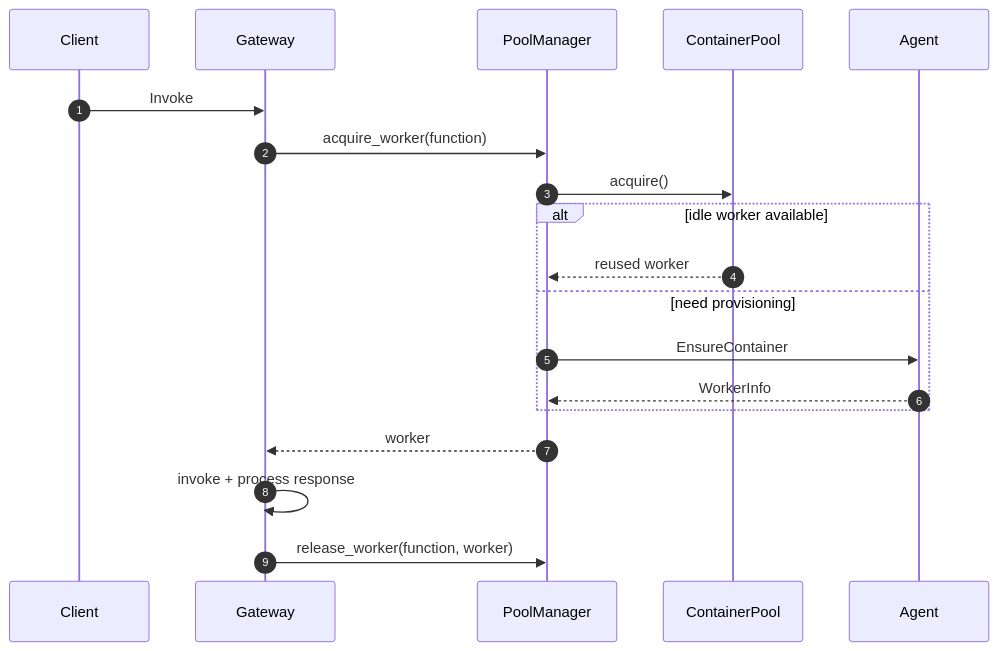
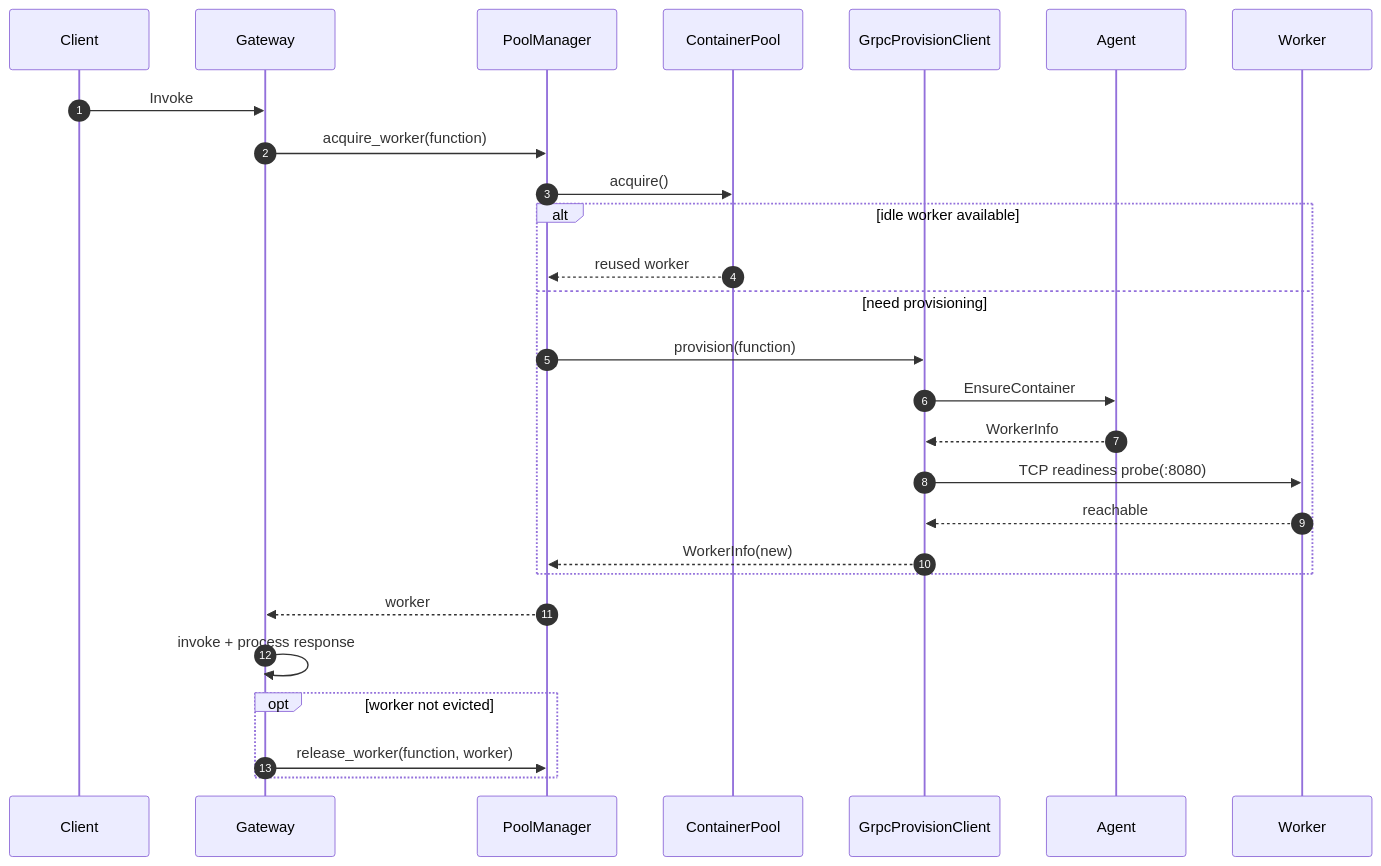
Before and after one commit to poruru-code/esb: the first of 2 diagrams in services/gateway/docs/autoscaling.md, drawn with Mermaid. The commit also changed other lines of this file and 1 other file, not shown here.

Commit message:
Gateway Docs: requestフローとautoscaling記述を実装準拠化

````diff
--- a/services/gateway/docs/autoscaling.md
+++ b/services/gateway/docs/autoscaling.md
@@ -25,22 +26,30 @@
 ```mermaid
 sequenceDiagram
     autonumber
     participant Client
     participant GW as Gateway
     participant PM as PoolManager
     participant Pool as ContainerPool
+    participant GP as GrpcProvisionClient
     participant AG as Agent
+    participant WK as Worker
 
     Client->>GW: Invoke
     GW->>PM: acquire_worker(function)
     PM->>Pool: acquire()
     alt idle worker available
         Pool-->>PM: reused worker
     else need provisioning
-        PM->>AG: EnsureContainer
-        AG-->>PM: WorkerInfo
+        PM->>GP: provision(function)
+        GP->>AG: EnsureContainer
+        AG-->>GP: WorkerInfo
+        GP->>WK: TCP readiness probe(:8080)
+        WK-->>GP: reachable
+        GP-->>PM: WorkerInfo(new)
     end
     PM-->>GW: worker
     GW->>GW: invoke + process response
-    GW->>PM: release_worker(function, worker)
+    opt worker not evicted
+        GW->>PM: release_worker(function, worker)
+    end
 ```
````
